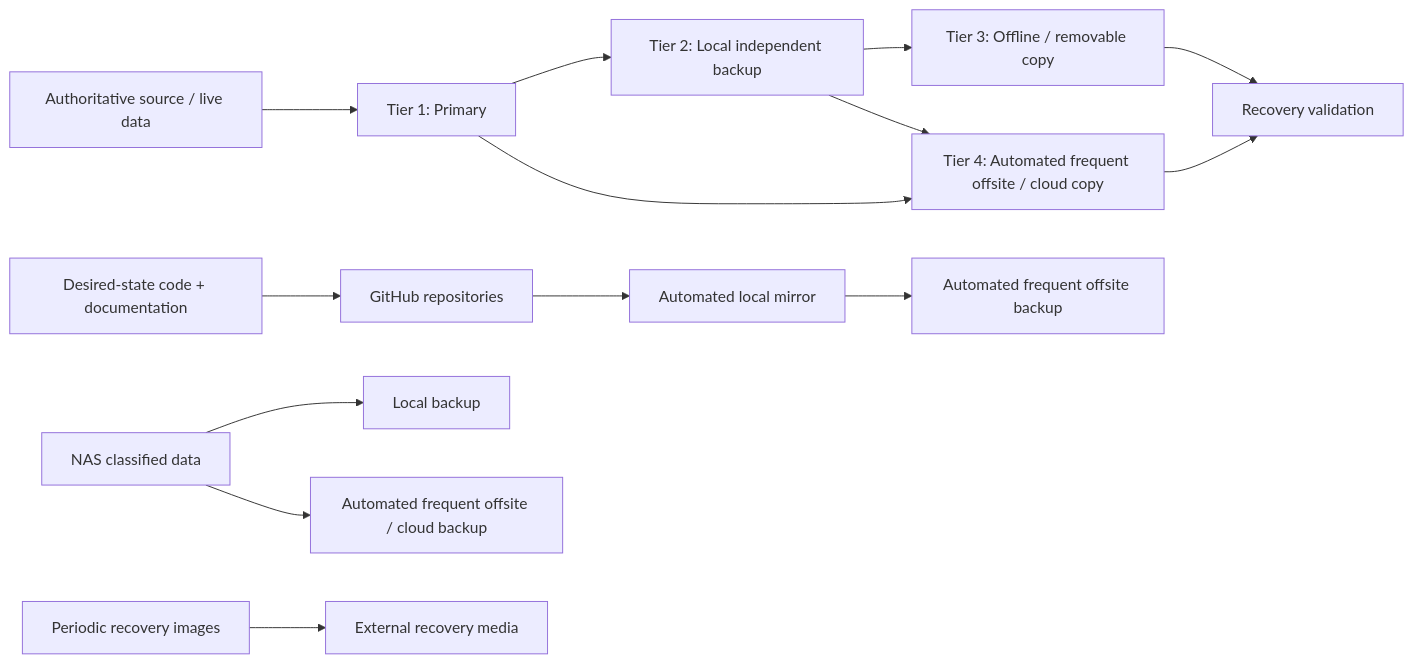
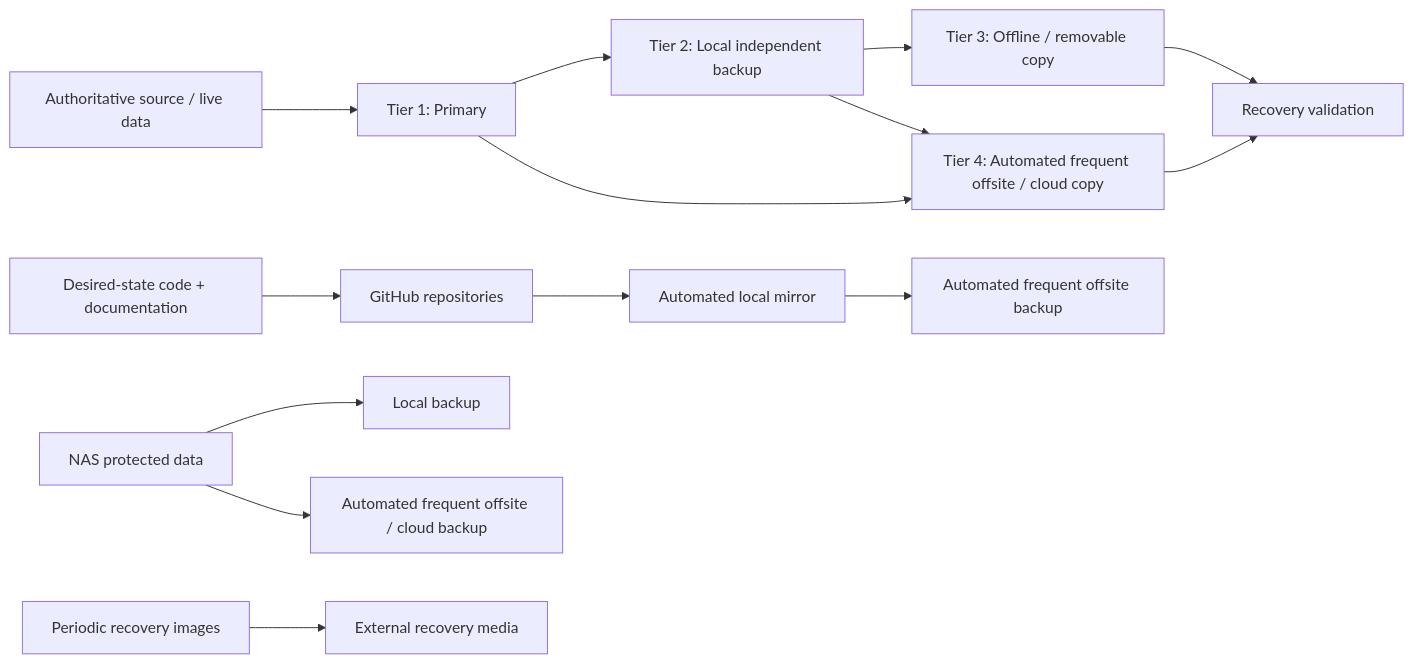
One commit to rathbunr/Operation-Desired-State changed the fourth of 4 diagrams in docs/ARCHITECTURE-DRAFT.md. Above: the diagram before and after it, drawn with Mermaid. The commit also changed other lines of this file, not shown here.

Commit message:
Add charter and reference design architecture layers

````diff
--- a/docs/ARCHITECTURE-DRAFT.md
+++ b/docs/ARCHITECTURE-DRAFT.md
@@ -40,19 +105,19 @@
 ```mermaid
 flowchart LR
     SRC[Authoritative source / live data] --> T1[Tier 1: Primary]
     T1 --> T2[Tier 2: Local independent backup]
     T2 --> T3[Tier 3: Offline / removable copy]
     T1 --> T4[Tier 4: Automated frequent offsite / cloud copy]
     T2 --> T4
     T3 --> RV[Recovery validation]
     T4 --> RV
 
     GH[GitHub repositories] --> MIRROR[Automated local mirror]
     MIRROR --> OFFSITE[Automated frequent offsite backup]
 
-    NAS[NAS classified data] --> LOCAL[Local backup]
+    NAS[NAS protected data] --> LOCAL[Local backup]
     NAS --> CLOUD[Automated frequent offsite / cloud backup]
 
     CFG[Desired-state code + documentation] --> GH
     IMG[Periodic recovery images] --> RM[External recovery media]
 ```
````
